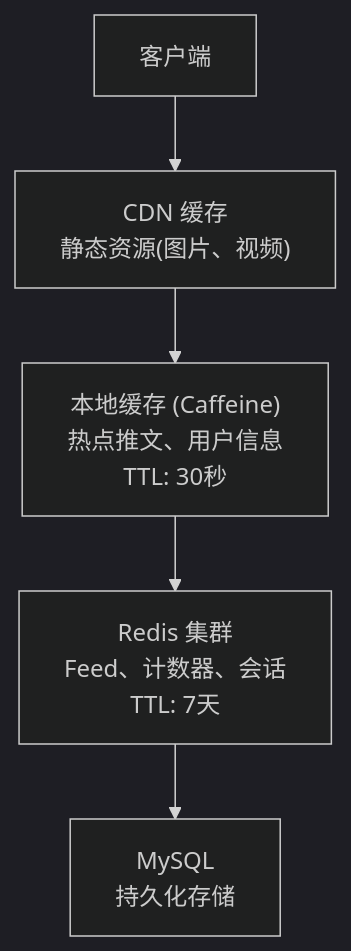
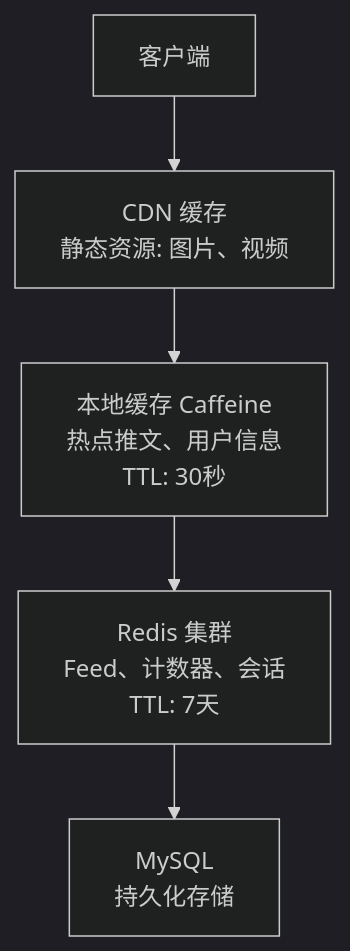
The sixth of 6 diagrams in content/articles/system-design/sd-11-新闻Feed系统设计.md (jpixy/jpixy.github.io), drawn with Mermaid (dark theme) before and after one commit. The commit also changed other lines of this file and 66 other files, not shown here.

Commit message:
fix: resolve Mermaid syntax errors by removing parentheses in node labels

````diff
--- a/content/articles/system-design/sd-11-新闻Feed系统设计.md
+++ b/content/articles/system-design/sd-11-新闻Feed系统设计.md
@@ -412,7 +412,7 @@
 ```mermaid
 graph TB
-    Client["客户端"] --> CDN["CDN 缓存<br/>静态资源(图片、视频)"]
-    CDN --> LocalCache["本地缓存 (Caffeine)<br/>热点推文、用户信息<br/>TTL: 30秒"]
+    Client["客户端"] --> CDN["CDN 缓存<br/>静态资源: 图片、视频"]
+    CDN --> LocalCache["本地缓存 Caffeine<br/>热点推文、用户信息<br/>TTL: 30秒"]
     LocalCache --> Redis["Redis 集群<br/>Feed、计数器、会话<br/>TTL: 7天"]
     Redis --> MySQL["MySQL<br/>持久化存储"]
 ```
````
